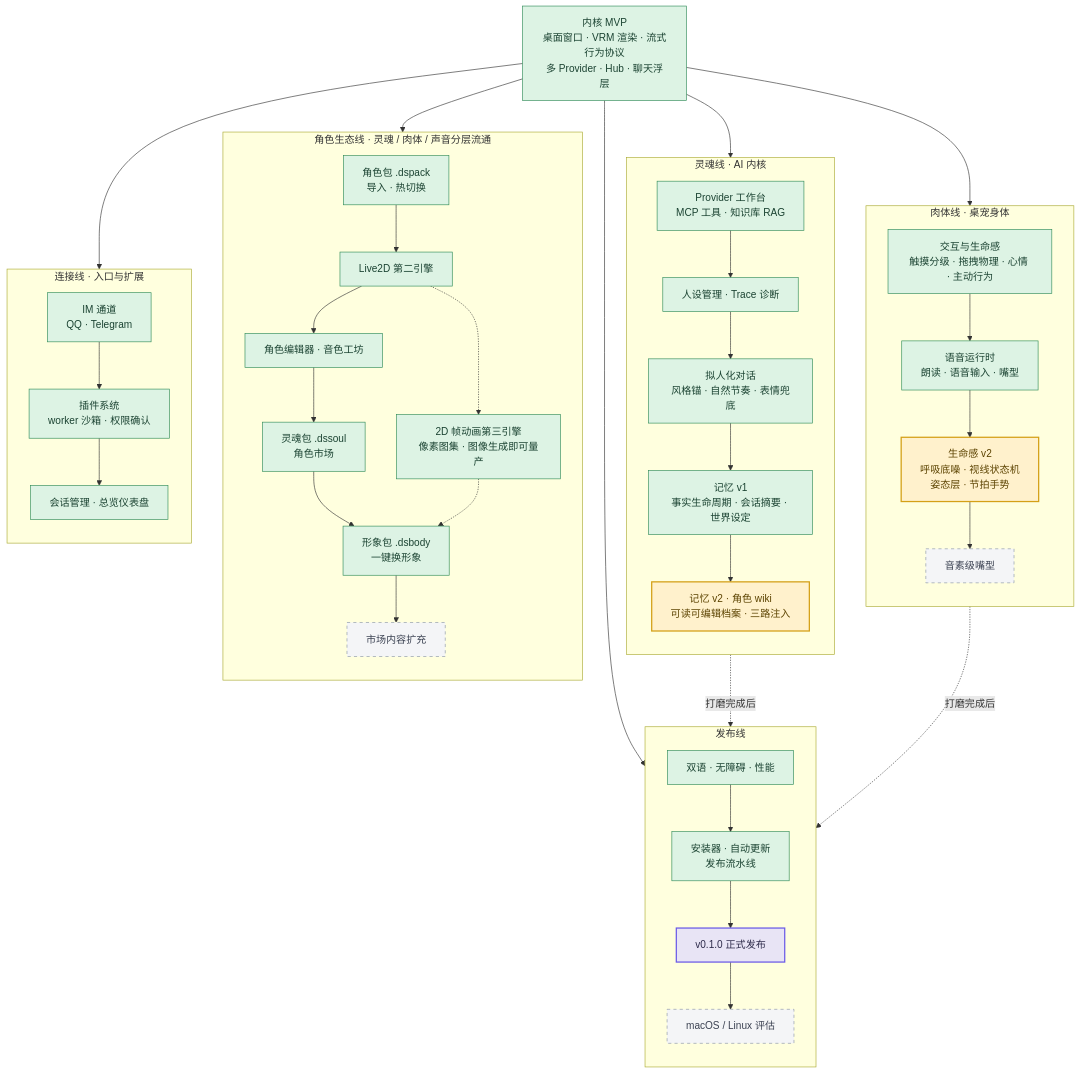
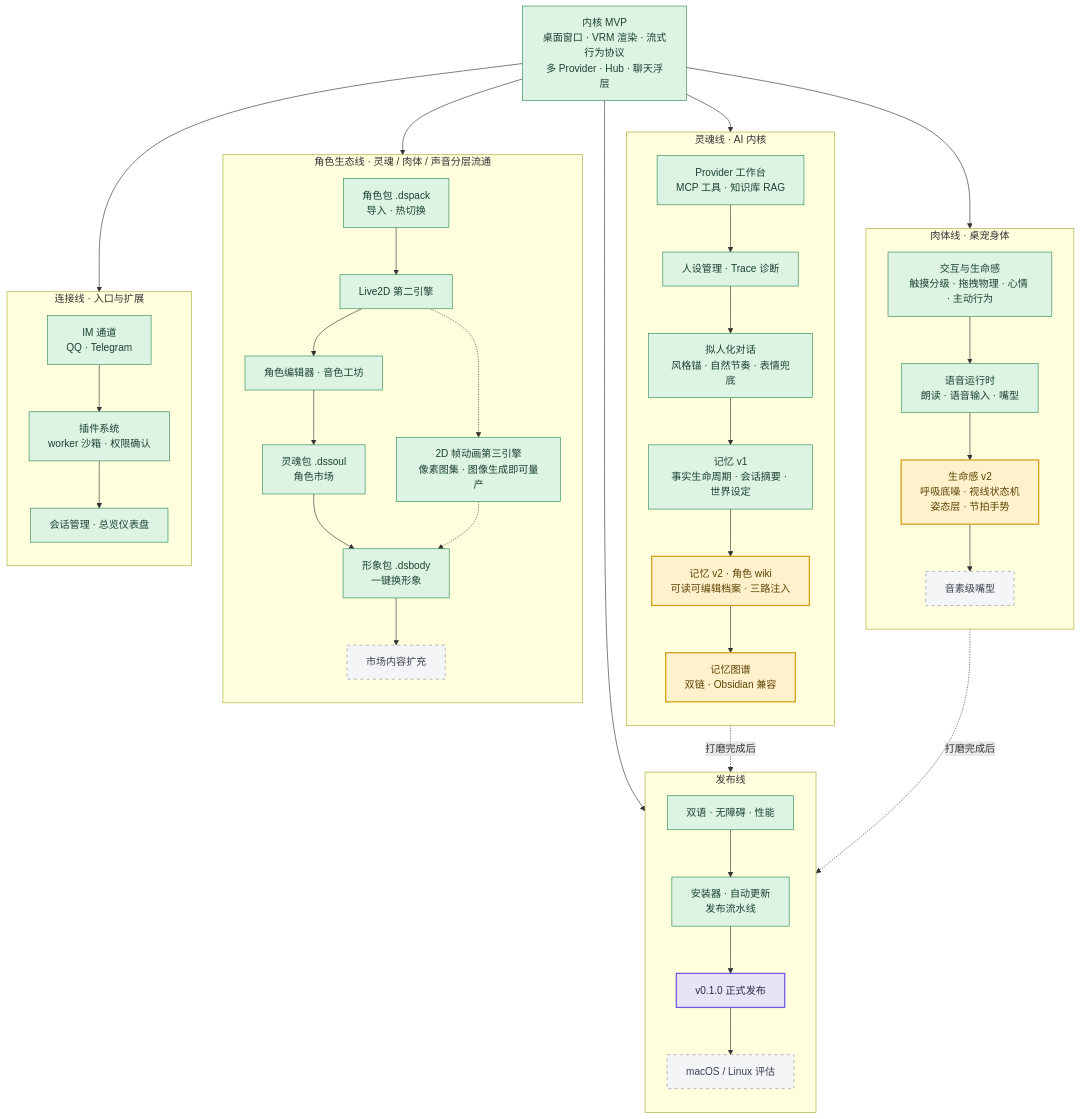
The second of 2 diagrams in README.md (Furina-he/OpenPet), drawn with Mermaid before and after one commit. The commit also changed other lines of this file and 5 other files, not shown here.

````diff
--- a/README.md
+++ b/README.md
@@ -233,68 +234,69 @@
 ```mermaid
 flowchart TB
   classDef done fill:#DDF3E4,stroke:#2E8B57,color:#1B4332
   classDef active fill:#FFF1CC,stroke:#D4A017,color:#5C4300,stroke-width:2px
   classDef plan fill:#F4F5F7,stroke:#8A94A6,color:#3B4252,stroke-dasharray: 5 5
   classDef gate fill:#E8E4F5,stroke:#6C5CE7,color:#2D2A4A,stroke-width:2px
 
   MVP["内核 MVP<br/>桌面窗口 · VRM 渲染 · 流式行为协议<br/>多 Provider · Hub · 聊天浮层"]:::done
 
   subgraph BODY["肉体线 · 桌宠身体"]
     direction TB
     B1["交互与生命感<br/>触摸分级 · 拖拽物理 · 心情 · 主动行为"]:::done
     B2["语音运行时<br/>朗读 · 语音输入 · 嘴型"]:::done
     B3["生命感 v2<br/>呼吸底噪 · 视线状态机<br/>姿态层 · 节拍手势"]:::active
     B5["音素级嘴型"]:::plan
     B1 --> B2 --> B3
     B3 --> B5
   end
 
   subgraph SOUL["灵魂线 · AI 内核"]
     direction TB
     S1["Provider 工作台<br/>MCP 工具 · 知识库 RAG"]:::done
     S2["人设管理 · Trace 诊断"]:::done
     S3["拟人化对话<br/>风格锚 · 自然节奏 · 表情兜底"]:::done
     S4["记忆 v1<br/>事实生命周期 · 会话摘要 · 世界设定"]:::done
     S5["记忆 v2 · 角色 wiki<br/>可读可编辑档案 · 三路注入"]:::active
-    S1 --> S2 --> S3 --> S4 --> S5
+    S6["记忆图谱<br/>双链 · Obsidian 兼容"]:::active
+    S1 --> S2 --> S3 --> S4 --> S5 --> S6
   end
 
   subgraph ECO["角色生态线 · 灵魂 / 肉体 / 声音分层流通"]
     direction TB
     E1["角色包 .dspack<br/>导入 · 热切换"]:::done
     E2["Live2D 第二引擎"]:::done
     E7["2D 帧动画第三引擎<br/>像素图集 · 图像生成即可量产"]:::done
     E3["角色编辑器 · 音色工坊"]:::done
     E4["灵魂包 .dssoul<br/>角色市场"]:::done
     E5["形象包 .dsbody<br/>一键换形象"]:::done
     E6["市场内容扩充"]:::plan
     E1 --> E2 --> E3 --> E4 --> E5 --> E6
     E2 -.-> E7
     E7 -.-> E5
   end
 
   subgraph LINK["连接线 · 入口与扩展"]
     direction TB
     L1["IM 通道<br/>QQ · Telegram"]:::done
     L2["插件系统<br/>worker 沙箱 · 权限确认"]:::done
     L3["会话管理 · 总览仪表盘"]:::done
     L1 --> L2 --> L3
   end
 
   subgraph SHIP["发布线"]
     direction TB
     R1["双语 · 无障碍 · 性能"]:::done
     R2["安装器 · 自动更新<br/>发布流水线"]:::done
     R3["v0.1.0 正式发布"]:::gate
     R4["macOS / Linux 评估"]:::plan
     R1 --> R2 --> R3 --> R4
   end
 
   MVP --> B1
   MVP --> S1
   MVP --> E1
   MVP --> L1
   MVP --> R1
   B3 -.打磨完成后.-> R3
-  S5 -.打磨完成后.-> R3
+  S6 -.打磨完成后.-> R3
 ```
````
